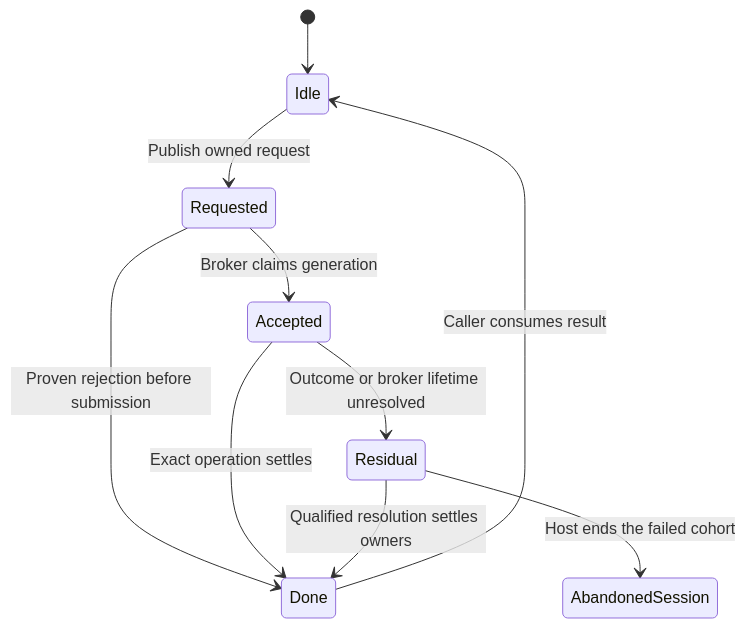
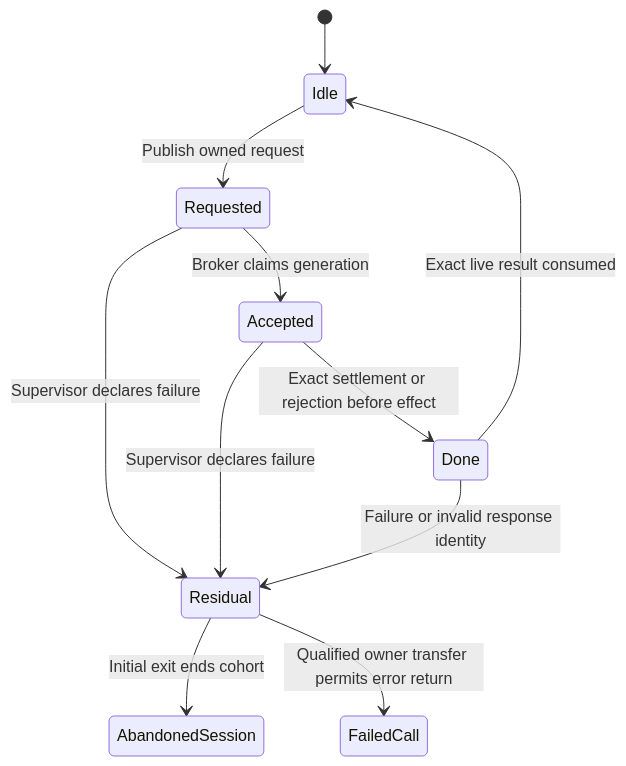
One commit to DnaCalc/CalcDb changed the second of 4 diagrams in docs/book/II-14-platforms.md. Above: the diagram before and after it, drawn with Mermaid. The commit also changed other lines of this file and 41 other files, not shown here.

````diff
--- a/docs/book/II-14-platforms.md
+++ b/docs/book/II-14-platforms.md
@@ -264,12 +321,13 @@
 ```mermaid
 stateDiagram-v2
     [*] --> Idle
     Idle --> Requested: Publish owned request
     Requested --> Accepted: Broker claims generation
-    Requested --> Done: Proven rejection before submission
-    Accepted --> Done: Exact operation settles
-    Accepted --> Residual: Outcome or broker lifetime unresolved
-    Done --> Idle: Caller consumes result
-    Residual --> Done: Qualified resolution settles owners
-    Residual --> AbandonedSession: Host ends the failed cohort
+    Accepted --> Done: Exact settlement or rejection before effect
+    Requested --> Residual: Supervisor declares failure
+    Accepted --> Residual: Supervisor declares failure
+    Done --> Residual: Failure or invalid response identity
+    Done --> Idle: Exact live result consumed
+    Residual --> AbandonedSession: Initial exit ends cohort
+    Residual --> FailedCall: Qualified owner transfer permits error return
 ```
````
